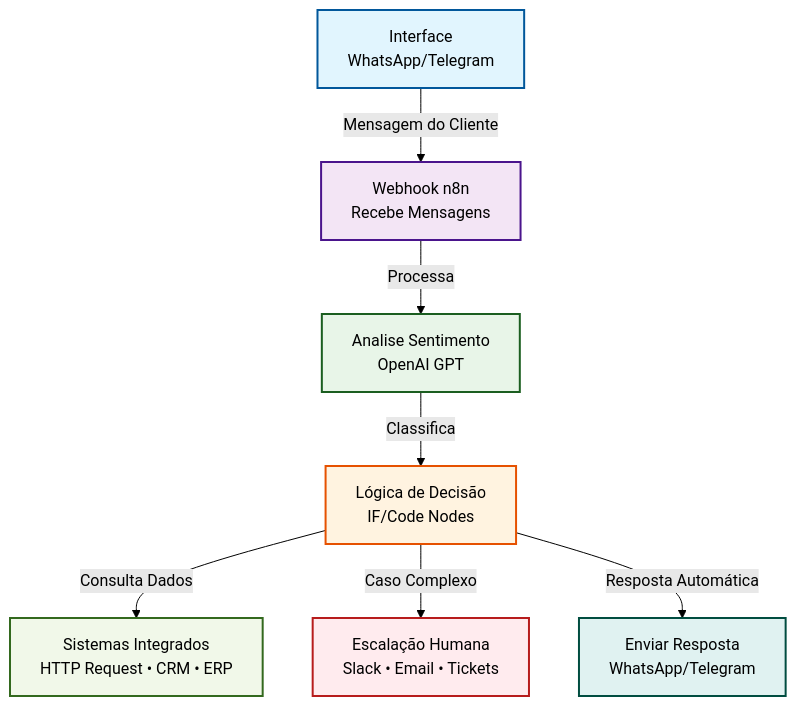
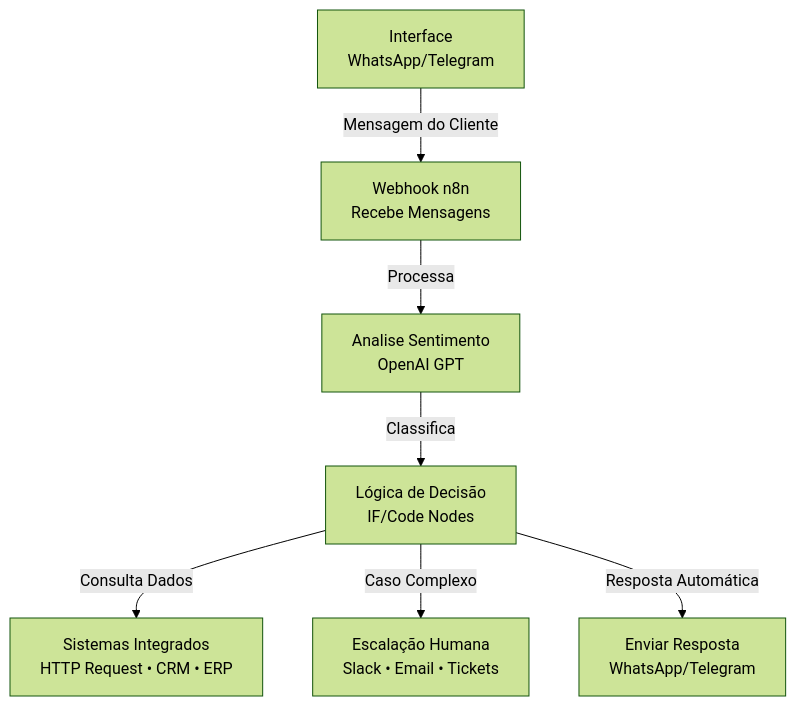
The first of 7 diagrams in docs/advanced-ai/exemplos-casos/chatbot-suporte.mdx (tatyquebralayout/n8n-Doc-PT-BR), drawn with Mermaid (forest theme) before and after one commit. The commit also changed other lines of this file and 233 other files, not shown here.

````diff
--- a/docs/advanced-ai/exemplos-casos/chatbot-suporte.mdx
+++ b/docs/advanced-ai/exemplos-casos/chatbot-suporte.mdx
@@ -66,33 +66,16 @@
 ```mermaid
 graph TD
     A[<IonicIcon name="phone-portrait-outline" /> Interface<br/>WhatsApp/Telegram] -->|Mensagem do Cliente| B[<IonicIcon name="chatbubble-ellipses-outline" /> Webhook n8n<br/>Recebe Mensagens]
     B -->|Processa| C[<IonicIcon name="analytics-outline" /> Analise Sentimento<br/>OpenAI GPT]
     C -->|Classifica| D[<IonicIcon name="bulb-outline" /> Lógica de Decisão<br/>IF/Code Nodes]
     D -->|Consulta Dados| E[<IonicIcon name="link-outline" /> Sistemas Integrados<br/>HTTP Request • CRM • ERP]
     D -->|Caso Complexo| F[<IonicIcon name="people-outline" /> Escalação Humana<br/>Slack • Email • Tickets]
     D -->|Resposta Automática| G[<IonicIcon name="send-outline" /> Enviar Resposta<br/>WhatsApp/Telegram]
     
-    style A fill:#e1f5fe
-    style B fill:#f3e5f5
-    style C fill:#e8f5e8
-    style D fill:#fff3e0
-    style E fill:#f1f8e9
-    style F fill:#ffebee
-    style G fill:#e0f2f1
-    
-    classDef interface fill:#e1f5fe,stroke:#01579b,stroke-width:2px
-    classDef webhook fill:#f3e5f5,stroke:#4a148c,stroke-width:2px
-    classDef analysis fill:#e8f5e8,stroke:#1b5e20,stroke-width:2px
-    classDef logic fill:#fff3e0,stroke:#e65100,stroke-width:2px
-    classDef systems fill:#f1f8e9,stroke:#33691e,stroke-width:2px
-    classDef human fill:#ffebee,stroke:#b71c1c,stroke-width:2px
-    classDef response fill:#e0f2f1,stroke:#004d40,stroke-width:2px
-    
-    class A interface
-    class B webhook
+    style A fill:#cor-e1f5fe-style-b-fill#cor-f3e5f5-style-c-fill#cor-e8f5e8-style-d-fill#cor-fff3e0-style-e-fill#cor-f1f8e9-style-f-fill#cor-ffebee-style-g-fill#cor-e0f2f1-classdef-interface-fill#cor-e1f5fe,stroke:#cor-01579bstroke-width2px-classdef-webhook-fill#cor-f3e5f5,stroke:#cor-4a148cstroke-width2px-classdef-analysis-fill#cor-e8f5e8,stroke:#cor-1b5e20stroke-width2px-classdef-logic-fill#cor-fff3e0,stroke:#cor-e65100stroke-width2px-classdef-systems-fill#cor-f1f8e9,stroke:#cor-33691estroke-width2px-classdef-human-fill#cor-ffebee,stroke:#cor-b71c1cstroke-width2px-classdef-response-fill#cor-e0f2f1,stroke:#cor-004d40stroke-width2px-class-a-interface-class B webhook
     class C analysis
     class D logic
     class E systems
     class F human
     class G response
 ```
````
